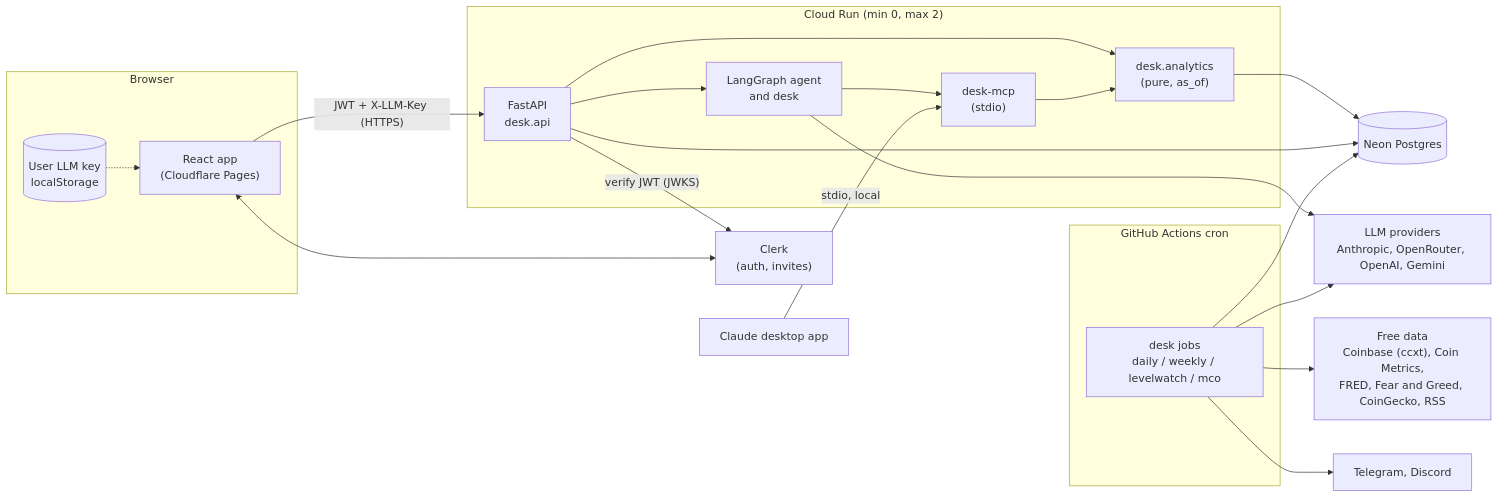
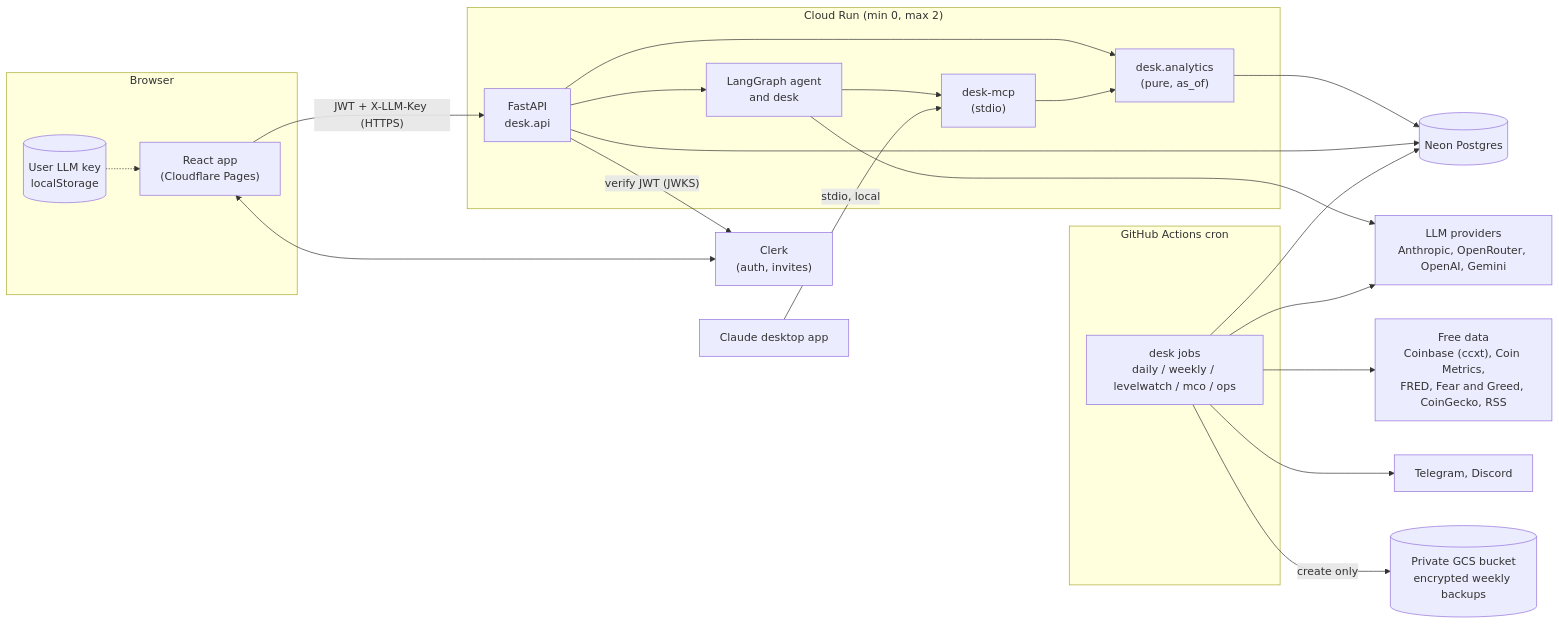
Before and after one commit to robertsolomon002/crypto-desk: the diagram in docs/ARCHITECTURE.md, drawn with Mermaid. The commit also changed other lines of this file and 23 other files, not shown here.

````diff
--- a/docs/ARCHITECTURE.md
+++ b/docs/ARCHITECTURE.md
@@ -23,39 +23,41 @@
 ```mermaid
 flowchart LR
   subgraph Browser
     UI["React app<br/>(Cloudflare Pages)"]
     KEY[("User LLM key<br/>localStorage")]
   end
   CLERK["Clerk<br/>(auth, invites)"]
   subgraph CloudRun["Cloud Run (min 0, max 2)"]
     API["FastAPI<br/>desk.api"]
     AGENT["LangGraph agent<br/>and desk"]
     MCP["desk-mcp<br/>(stdio)"]
     AN["desk.analytics<br/>(pure, as_of)"]
   end
   DB[("Neon Postgres")]
   subgraph GHA["GitHub Actions cron"]
-    JOBS["desk jobs<br/>daily / weekly / levelwatch / mco"]
+    JOBS["desk jobs<br/>daily / weekly / levelwatch / mco / ops"]
   end
   SRC["Free data<br/>Coinbase (ccxt), Coin Metrics,<br/>FRED, Fear and Greed, CoinGecko, RSS"]
   LLM["LLM providers<br/>Anthropic, OpenRouter, OpenAI, Gemini"]
   ALERTS["Telegram, Discord"]
   CLAUDE["Claude desktop app"]
+  GCS[("Private GCS bucket<br/>encrypted weekly backups")]
 
   UI -- "JWT + X-LLM-Key (HTTPS)" --> API
   KEY -.-> UI
   UI <--> CLERK
   API -- "verify JWT (JWKS)" --> CLERK
   API --> AN
   API --> AGENT
   AGENT --> MCP
   MCP --> AN
   AN --> DB
   API --> DB
   AGENT --> LLM
   JOBS --> SRC
   JOBS --> DB
   JOBS --> LLM
   JOBS --> ALERTS
+  JOBS -- "create only" --> GCS
   CLAUDE -- "stdio, local" --> MCP
 ```
````
